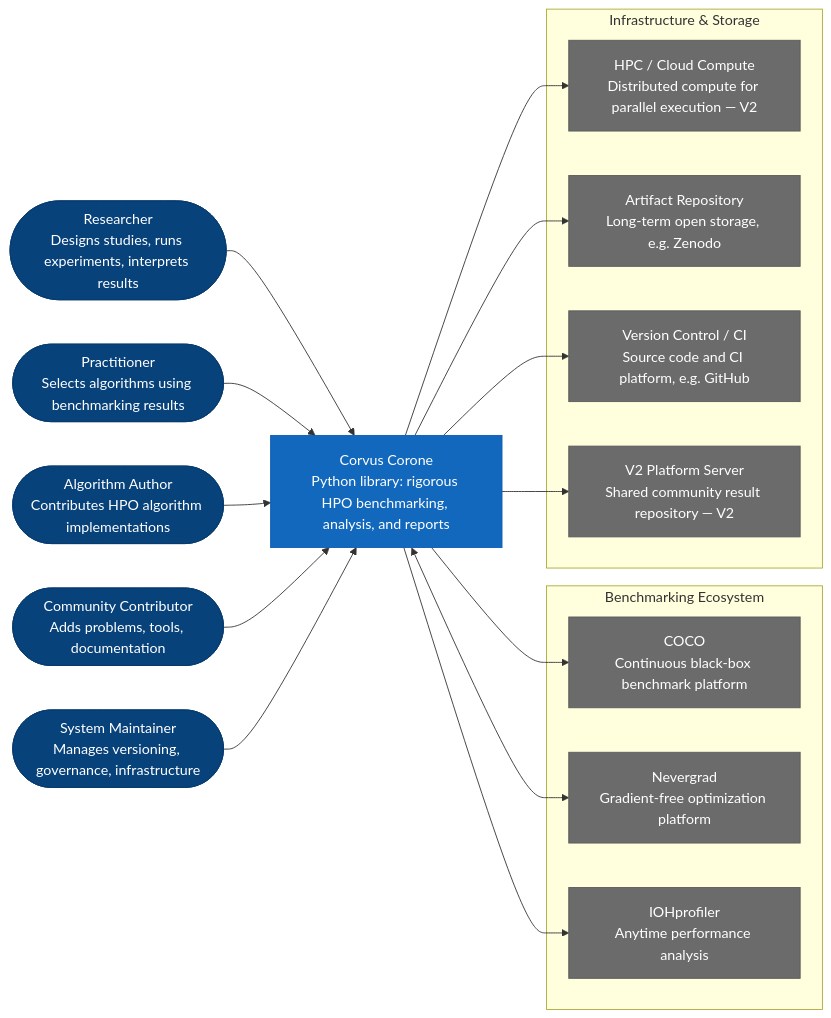
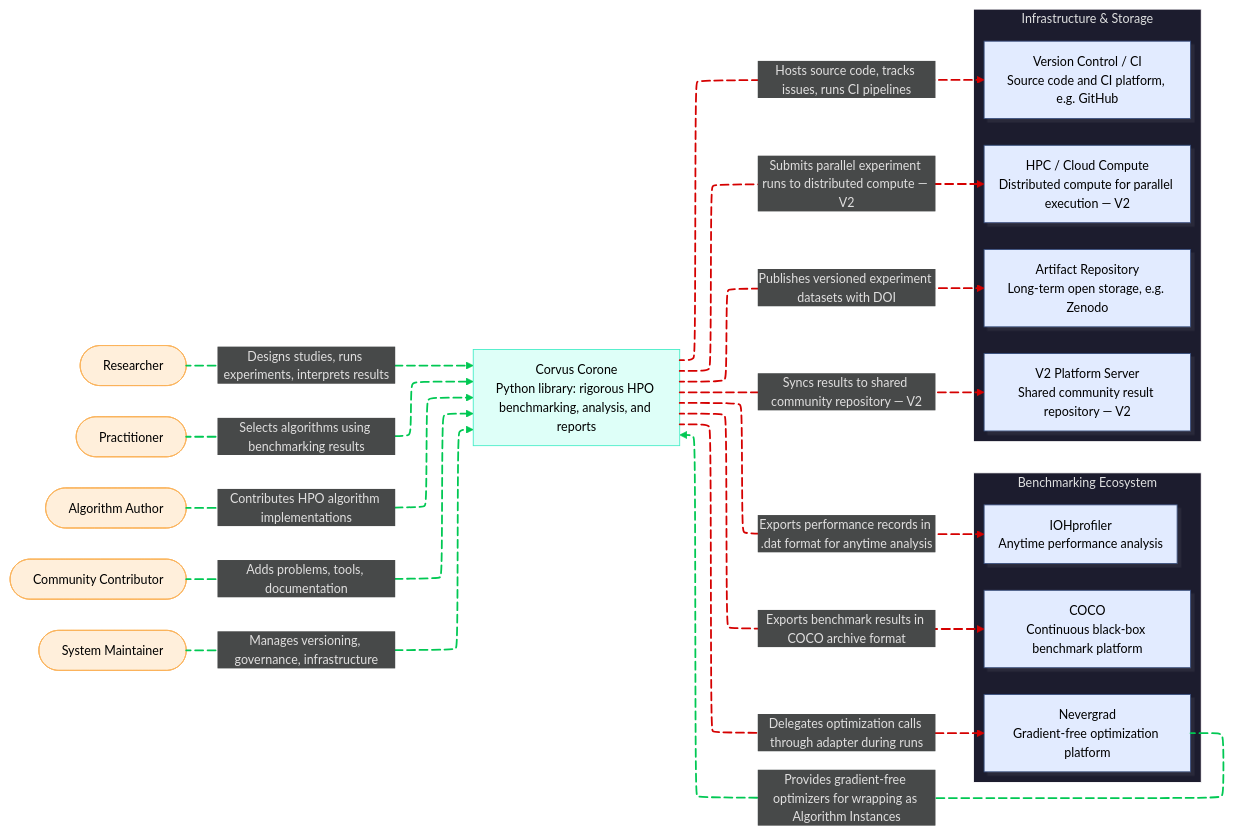
Before and after one commit to jedrzejpolaczek/aviarium.corvidae.corvus_corone: the diagram in docs/02-design/02-architecture/02-c1-context.md, drawn with Mermaid. The commit also changed 46 other files, not shown here.

Commit message:
docs: small diagram fixes and file structure

````diff
--- a/docs/02-design/02-architecture/02-c1-context.md
+++ b/docs/02-design/02-architecture/02-c1-context.md
@@ -32,10 +32,16 @@
 ```mermaid
+---
+config:
+  look: neo
+  layout: elk
+  theme: redux-dark
+---
 flowchart LR
-  researcher(["Researcher<br>Designs studies, runs experiments, interprets results"]):::person
-  practitioner(["Practitioner<br>Selects algorithms using benchmarking results"]):::person
-  alg_author(["Algorithm Author<br>Contributes HPO algorithm implementations"]):::person
-  contributor(["Community Contributor<br>Adds problems, tools, documentation"]):::person
-  maintainer(["System Maintainer<br>Manages versioning, governance, infrastructure"]):::person
+  researcher(["Researcher"]):::person
+  practitioner(["Practitioner"]):::person
+  alg_author(["Algorithm Author"]):::person
+  contributor(["Community Contributor"]):::person
+  maintainer(["System Maintainer"]):::person
 
   system["Corvus Corone<br>Python library: rigorous HPO benchmarking, analysis, and reports"]:::system
 
@@ -52,11 +58,74 @@
     platform_server["V2 Platform Server<br>Shared community result repository — V2"]:::ext
   end
 
-  researcher & practitioner & alg_author & contributor & maintainer --> system
-  system --> coco & iohprofiler & hpc & artifact_repo & vcs & platform_server
-  system <--> nevergrad
-
-  classDef person fill:#08427b,color:#fff,stroke:#073b6f
-  classDef system fill:#1168bd,color:#fff,stroke:#0e5db5
-  classDef ext fill:#6b6b6b,color:#fff,stroke:#5a5a5a
+  researcher L_researcher_system_0@-- Designs studies, runs experiments, interprets results --> system
+  practitioner L_practitioner_system_0@-- Selects algorithms using benchmarking results --> system
+  alg_author L_alg_author_system_0@-- Contributes HPO algorithm implementations --> system
+  contributor L_contributor_system_0@-- Adds problems, tools, documentation --> system
+  maintainer L_maintainer_system_0@-- Manages versioning, governance, infrastructure --> system
+  nevergrad L_nevergrad_system_0@-- Provides gradient-free optimizers for wrapping as Algorithm Instances --> system
+  system L_system_coco_0@-- Exports benchmark results in COCO archive format --> coco
+  system L_system_iohprofiler_0@-- Exports performance records in .dat format for anytime analysis --> iohprofiler
+  system L_system_hpc_0@-- Submits parallel experiment runs to distributed compute — V2 --> hpc
+  system L_system_artifact_repo_0@-- Publishes versioned experiment datasets with DOI --> artifact_repo
+  system L_system_vcs_0@-- Hosts source code, tracks issues, runs CI pipelines --> vcs
+  system L_system_platform_server_0@-- Syncs results to shared community repository — V2 --> platform_server
+  system L_system_nevergrad_0@-- Delegates optimization calls through adapter during runs --> nevergrad
+  researcher:::Peach
+  practitioner:::Peach
+  alg_author:::Peach
+  contributor:::Peach
+  maintainer:::Peach
+  system:::Aqua
+  coco:::Sky
+  nevergrad:::Sky
+  iohprofiler:::Sky
+  hpc:::Sky
+  artifact_repo:::Sky
+  vcs:::Sky
+  platform_server:::Sky
+  classDef Aqua stroke-width:1px, stroke-dasharray:none, stroke:#46EDC8, fill:#DEFFF8, color:#378E7A
+  classDef Ash stroke-width:1px, stroke-dasharray:none, stroke:#999999, fill:#EEEEEE, color:#000000
+  classDef Sky stroke-width:1px, stroke-dasharray:none, stroke:#374D7C, fill:#E2EBFF, color:#374D7C
+  classDef Rose stroke-width:1px, stroke-dasharray:none, stroke:#FF5978, fill:#FFDFE5, color:#8E2236
+  classDef Peach stroke-width:1px, stroke-dasharray:none, stroke:#FBB35A, fill:#FFEFDB, color:#8F632D
+  style system color:#000000
+  style researcher color:#000000
+  style practitioner color:#000000
+  style alg_author color:#000000
+  style contributor color:#000000
+  style maintainer color:#000000
+  style coco color:#000000
+  style nevergrad color:#000000
+  style iohprofiler color:#000000
+  style hpc color:#000000
+  style artifact_repo color:#000000
+  style vcs color:#000000
+  style platform_server color:#000000
+  linkStyle 0 stroke:#00C853,fill:none
+  linkStyle 1 stroke:#00C853,fill:none
+  linkStyle 2 stroke:#00C853,fill:none
+  linkStyle 3 stroke:#00C853,fill:none
+  linkStyle 4 stroke:#00C853,fill:none
+  linkStyle 5 stroke:#00C853,fill:none
+  linkStyle 6 stroke:#D50000,fill:none
+  linkStyle 7 stroke:#D50000,fill:none
+  linkStyle 8 stroke:#D50000,fill:none
+  linkStyle 9 stroke:#D50000,fill:none
+  linkStyle 10 stroke:#D50000,fill:none
+  linkStyle 11 stroke:#D50000,fill:none
+  linkStyle 12 stroke:#D50000,fill:none
+  L_researcher_system_0@{ animation: slow }
+  L_practitioner_system_0@{ animation: slow }
+  L_alg_author_system_0@{ animation: slow }
+  L_contributor_system_0@{ animation: slow }
+  L_maintainer_system_0@{ animation: slow }
+  L_nevergrad_system_0@{ animation: slow }
+  L_system_coco_0@{ animation: fast } 
+  L_system_iohprofiler_0@{ animation: fast }
+  L_system_hpc_0@{ animation: fast }
+  L_system_artifact_repo_0@{ animation: fast }
+  L_system_vcs_0@{ animation: fast }
+  L_system_platform_server_0@{ animation: fast }
+  L_system_nevergrad_0@{ animation: fast }
 ```
````
